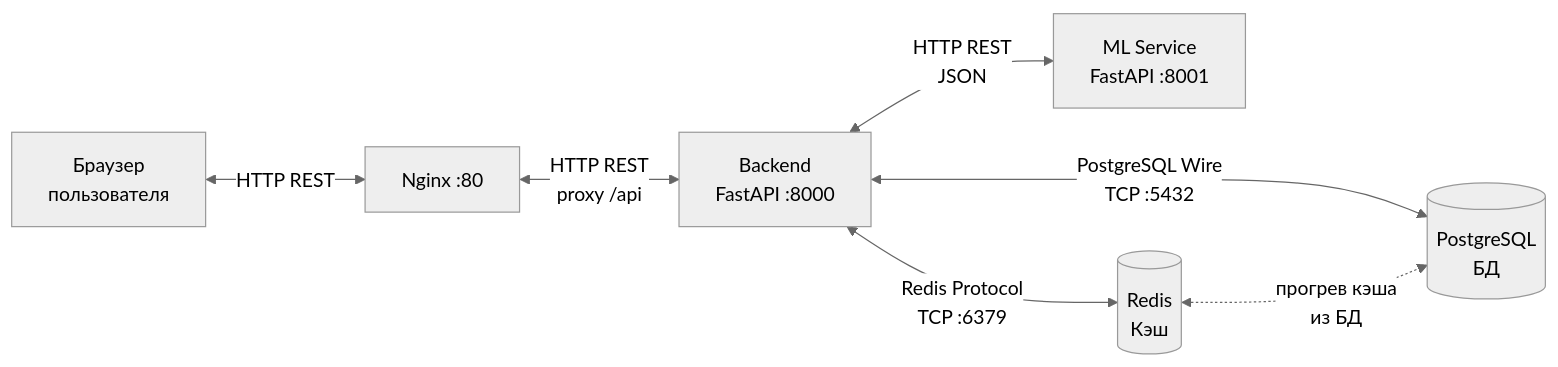
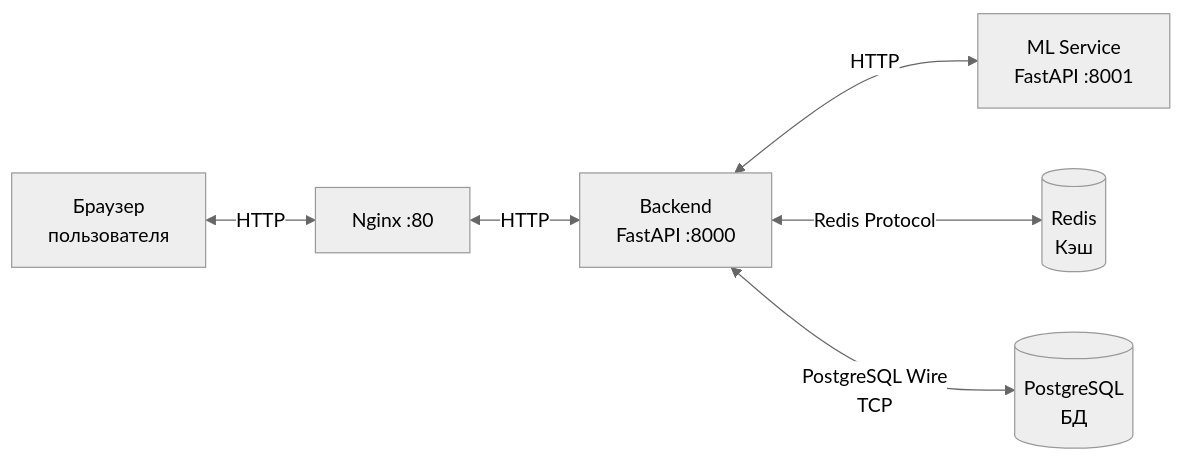
Before and after one commit to Sypoo1/mtuci-piis: the second of 2 diagrams in docs/lab1.md, drawn with Mermaid (neutral theme). The commit also changed other lines of this file, not shown here.

````diff
--- a/docs/lab1.md
+++ b/docs/lab1.md
@@ -214,9 +213,8 @@
 ```mermaid
 graph LR
-    A[Браузер\nпользователя] <-->|HTTP REST| B[Nginx :80]
-    B <-->|HTTP REST\nproxy /api| C[Backend\nFastAPI :8000]
-    C <-->|HTTP REST\nJSON| D[ML Service\nFastAPI :8001]
-    C <-->|Redis Protocol\nTCP :6379| E[(Redis\nКэш)]
-    C <-->|PostgreSQL Wire\nTCP :5432| F[(PostgreSQL\nБД)]
-    E <-.->|прогрев кэша\nиз БД| F
+    A[Браузер\nпользователя] <-->|HTTP| B[Nginx :80]
+    B <-->|HTTP| C[Backend\nFastAPI :8000]
+    C <-->|HTTP| D[ML Service\nFastAPI :8001]
+    C <-->|Redis Protocol| E[(Redis\nКэш)]
+    C <-->|PostgreSQL Wire\nTCP| F[(PostgreSQL\nБД)]
 ```
````
